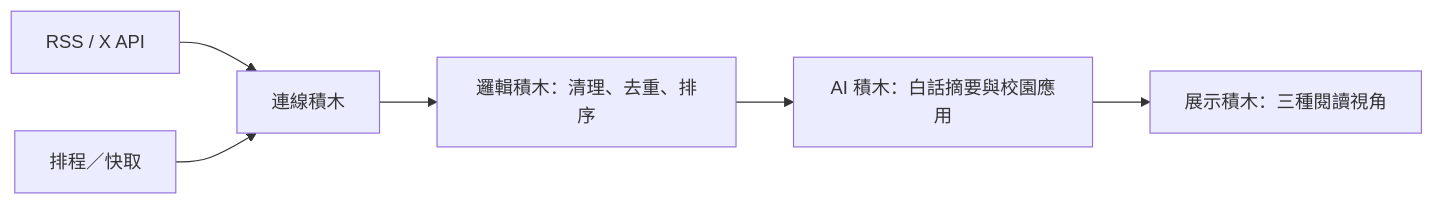
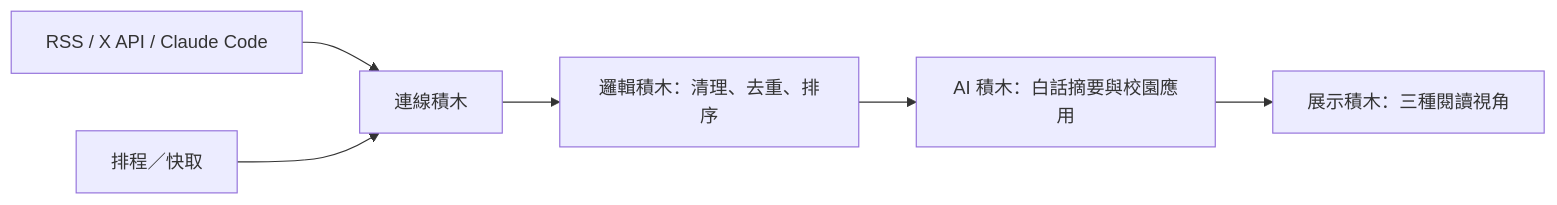
Before and after one commit to hk6429/ai-education-radar: the diagram in README.md, drawn with Mermaid. The commit also changed other lines of this file and 17 other files, not shown here.

````diff
--- a/README.md
+++ b/README.md
@@ -7,8 +7,8 @@
 ```mermaid
 flowchart LR
-  A[RSS / X API] --> B[連線積木]
+  A[RSS / X API / Claude Code] --> B[連線積木]
   B --> C[邏輯積木：清理、去重、排序]
   C --> D[AI 積木：白話摘要與校園應用]
   D --> E[展示積木：三種閱讀視角]
   F[排程／快取] --> B
 ```
````
